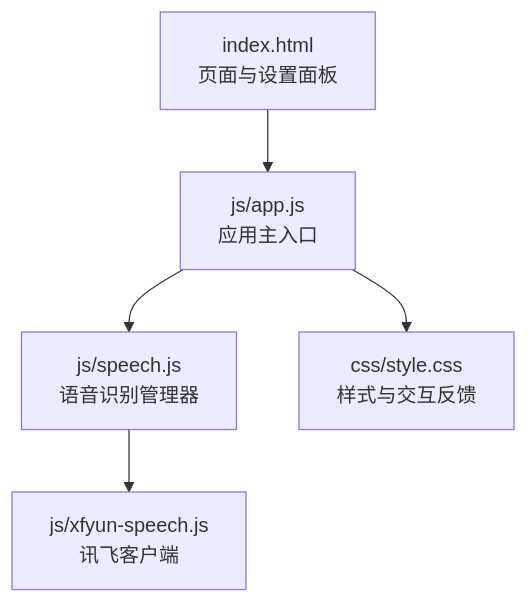
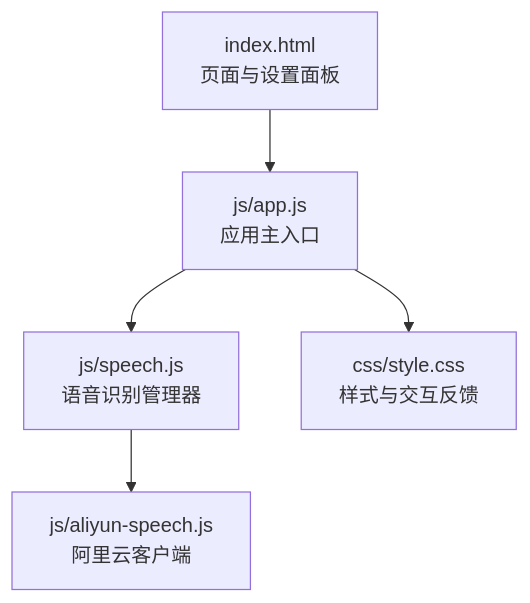
One commit to db300/MySpeechRecognition changed the first of 10 diagrams in .qoder/repowiki/zh/content/语音识别模块详解/多后端管理机制.md. Above: the diagram before and after it, drawn with Mermaid. The commit also changed other lines of this file and 10 other files, not shown here.

````diff
--- a/.qoder/repowiki/zh/content/语音识别模块详解/多后端管理机制.md
+++ b/.qoder/repowiki/zh/content/语音识别模块详解/多后端管理机制.md
@@ -41,7 +52,7 @@
 ```mermaid
 graph TB
 A["index.html<br/>页面与设置面板"] --> B["js/app.js<br/>应用主入口"]
 B --> C["js/speech.js<br/>语音识别管理器"]
-C --> D["js/xfyun-speech.js<br/>讯飞客户端"]
-B --> E["css/style.css<br/>样式与交互反馈"]
+C --> D["js/aliyun-speech.js<br/>阿里云客户端"]
+B --> F["css/style.css<br/>样式与交互反馈"]
 ```
````
